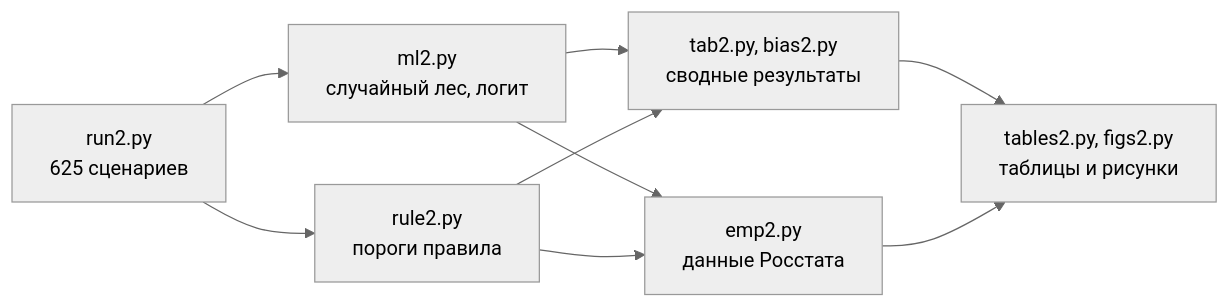
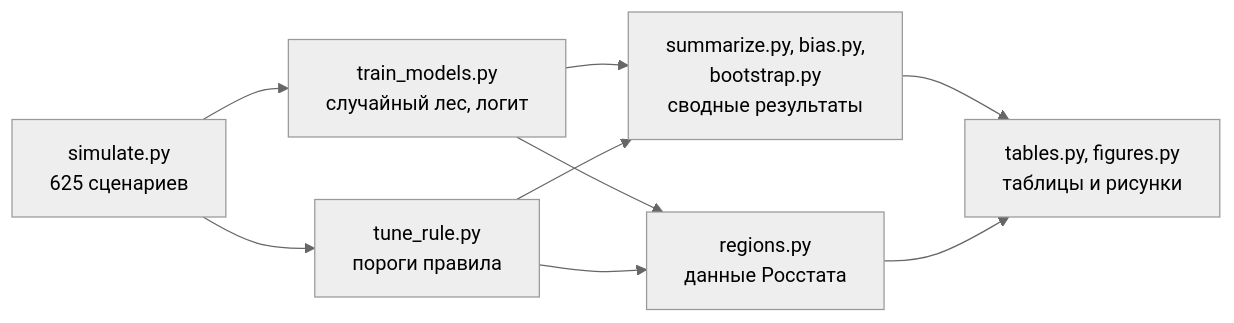
The diagram in README.md (MarkNightingale/mean-estimator-choice), drawn with Mermaid (neutral theme) before and after one commit. The commit also changed other lines of this file and 49 other files, not shown here.

````diff
--- a/README.md
+++ b/README.md
@@ -68,11 +80,11 @@
 ```mermaid
 flowchart LR
-    A[run2.py<br>625 сценариев] --> B[ml2.py<br>случайный лес, логит]
-    A --> C[rule2.py<br>пороги правила]
-    B --> D[tab2.py, bias2.py<br>сводные результаты]
+    A[simulate.py<br>625 сценариев] --> B[train_models.py<br>случайный лес, логит]
+    A --> C[tune_rule.py<br>пороги правила]
+    B --> D[summarize.py, bias.py,<br>bootstrap.py<br>сводные результаты]
     C --> D
-    B --> E[emp2.py<br>данные Росстата]
+    B --> E[regions.py<br>данные Росстата]
     C --> E
-    D --> F[tables2.py, figs2.py<br>таблицы и рисунки]
+    D --> F[tables.py, figures.py<br>таблицы и рисунки]
     E --> F
 ```
````
